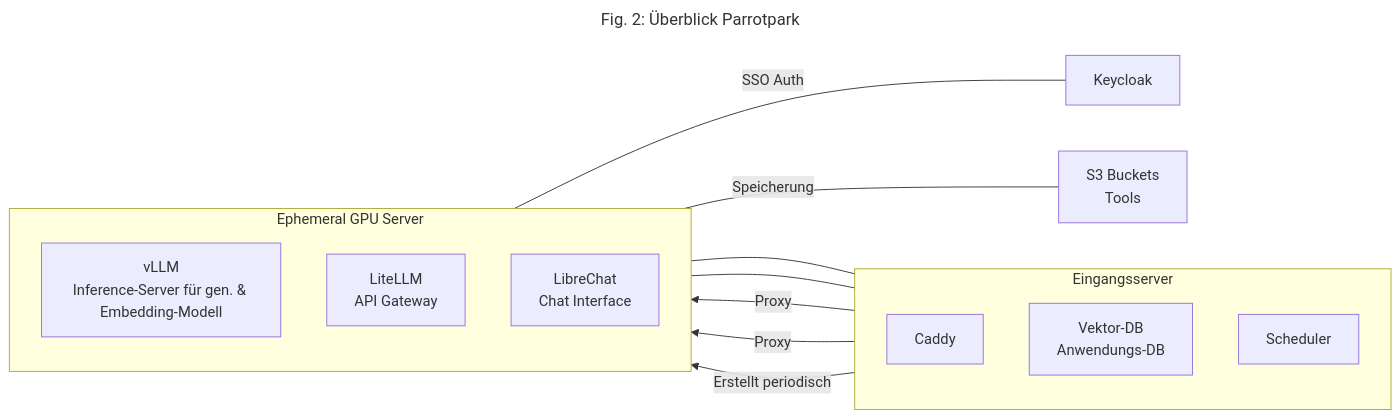
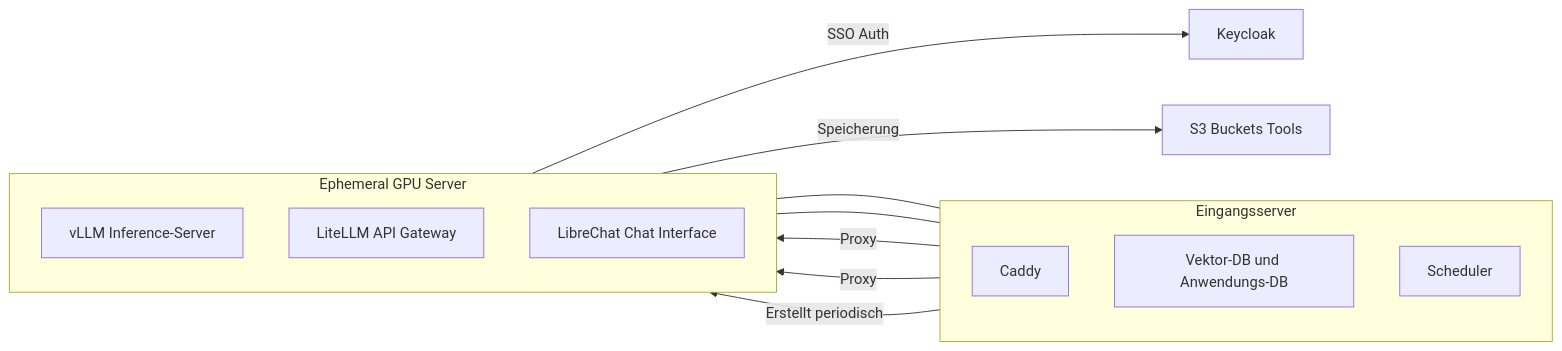
One commit to CorrelAid/cdl_llm_hosting_material changed the diagram in doc/src/03-software.md. Above: the diagram before and after it, drawn with Mermaid. The commit also changed 13 other files, not shown here.

````diff
--- a/doc/src/03-software.md
+++ b/doc/src/03-software.md
@@ -24,28 +24,23 @@
 ```mermaid
----
-title: "Fig. 2: Überblick Parrotpark"
----
 flowchart LR
-
-    subgraph proxy["Eingangsserver"]
+    subgraph proxy[Eingangsserver]
     direction TB
       Caddy
-      Databases["Vektor-DB<br/>Anwendungs-DB"]
+      Databases[Vektor-DB und Anwendungs-DB]
       Scheduler
     end
-    subgraph gpu["Ephemeral GPU Server"]
+    subgraph gpu[Ephemeral GPU Server]
     direction TB
-      vLLM["vLLM<br/>Inference-Server für gen. & Embedding-Modell"]
-      LiteLLM["LiteLLM<br/>API Gateway"]
-      LibreChat["LibreChat<br/>Chat Interface"]
+      vLLM[vLLM Inference-Server]
+      LiteLLM[LiteLLM API Gateway]
+      LibreChat[LibreChat Chat Interface]
     end
-      LibreChat ---|SSO Auth| Keycloak
-
-      buckets["S3 Buckets<br/>Tools"]
-      LibreChat ---|Speicherung| buckets
-
-    LiteLLM & LibreChat --- Databases
-    Caddy -->|Proxy| LiteLLM & LibreChat
+    LibreChat -->|SSO Auth| Keycloak
+    buckets[S3 Buckets Tools]
+    LibreChat -->|Speicherung| buckets
+    LiteLLM --- Databases
+    LibreChat --- Databases
+    Caddy -->|Proxy| LiteLLM
+    Caddy -->|Proxy| LibreChat
     Scheduler -->|Erstellt periodisch| gpu
-
 ```
````
